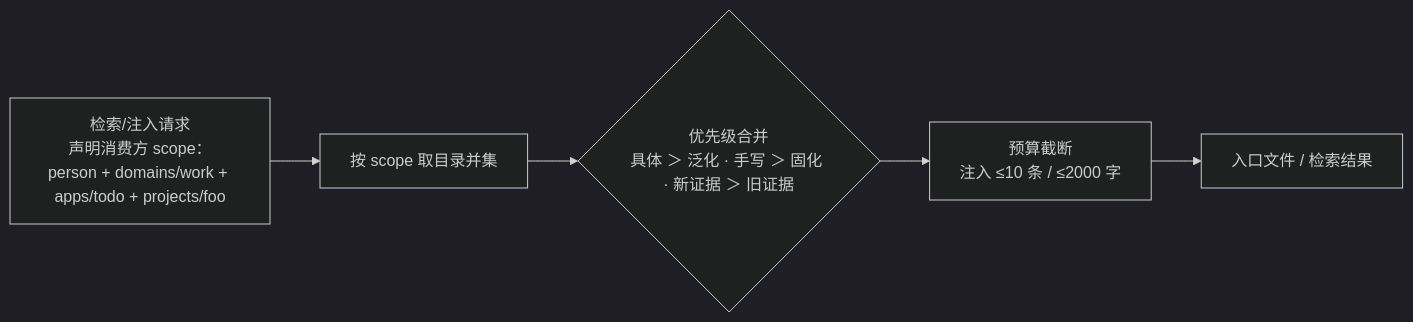
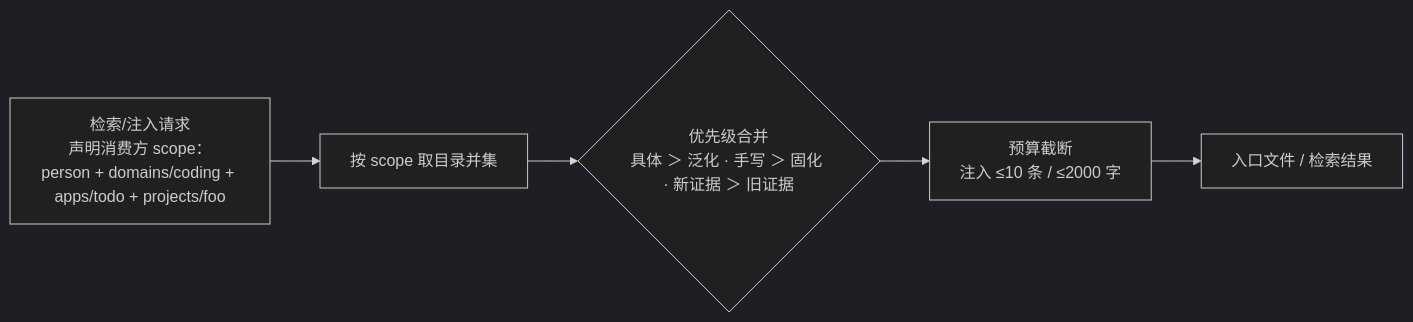
The second of 4 diagrams in docs/PERSONAL_MEMORY_HUB_PROPOSAL.md (Jo0OCTsai/pokemon-remember-you), drawn with Mermaid (dark theme) before and after one commit. The commit also changed other lines of this file and 2 other files, not shown here.

````diff
--- a/docs/PERSONAL_MEMORY_HUB_PROPOSAL.md
+++ b/docs/PERSONAL_MEMORY_HUB_PROPOSAL.md
@@ -115,8 +114,8 @@
 ```mermaid
 flowchart LR
-    REQ["检索/注入请求<br/>声明消费方 scope：<br/>person + domains/work + apps/todo + projects/foo"]
+    REQ["检索/注入请求<br/>声明消费方 scope：<br/>person + domains/coding + apps/todo + projects/foo"]
     REQ --> UNION["按 scope 取目录并集"]
     UNION --> MERGE{"优先级合并<br/>具体 ＞ 泛化 · 手写 ＞ 固化 · 新证据 ＞ 旧证据"}
     MERGE --> BUDGET["预算截断<br/>注入 ≤10 条 / ≤2000 字"]
     BUDGET --> OUT["入口文件 / 检索结果"]
 ```
````
